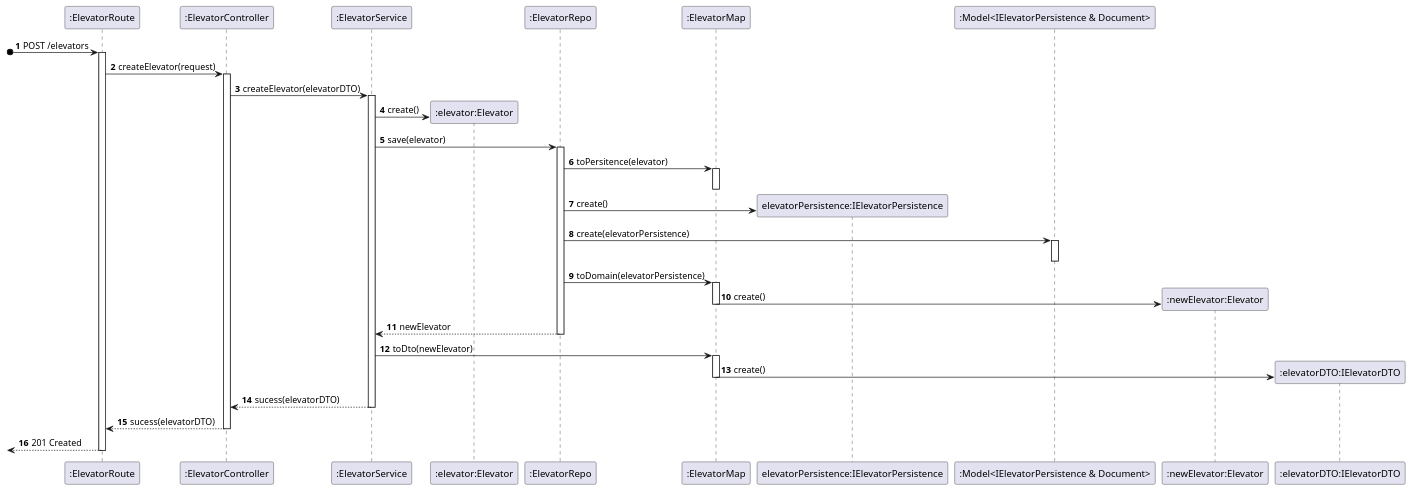
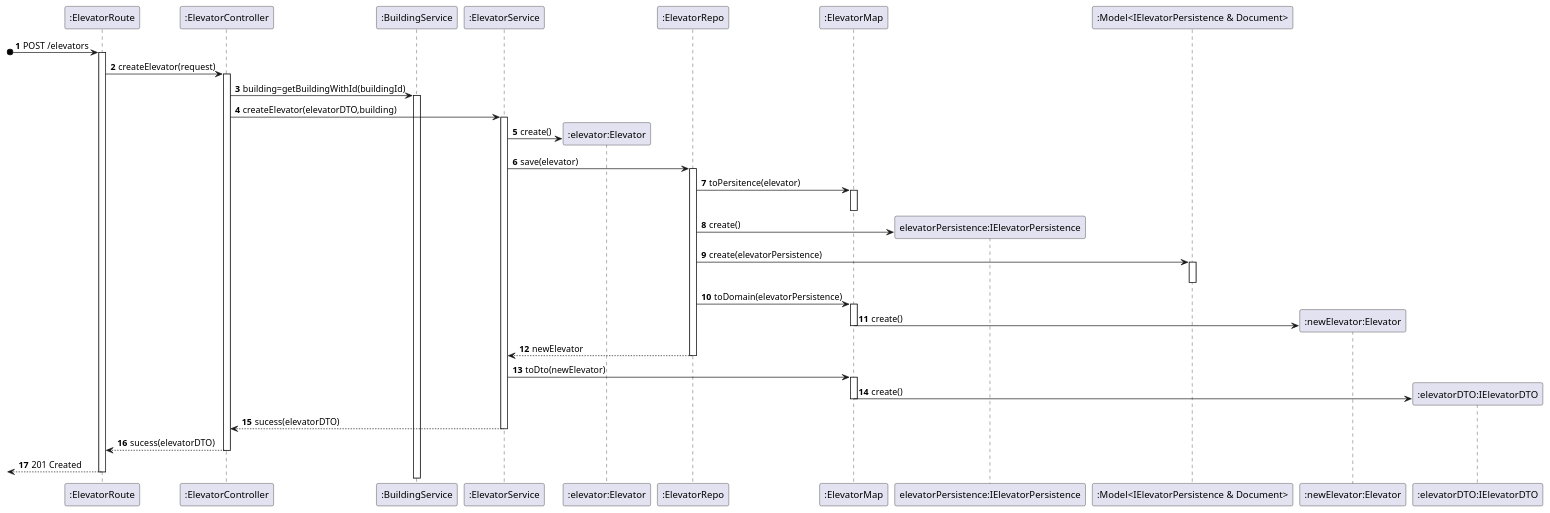
Before and after one commit to miseEnPlace-dev/lapr5: the diagram in _wiki/sprint-a/us13-270/views/level-3/process-view.puml, drawn with PlantUML. The commit also changed 13 other files, not shown here.

```diff
--- a/_wiki/sprint-a/us13-270/views/level-3/process-view.puml
+++ b/_wiki/sprint-a/us13-270/views/level-3/process-view.puml
@@ -1,48 +1,52 @@
 @startuml process-view
 autonumber
 participant ROUTE as ":ElevatorRoute"
 participant CTRL as ":ElevatorController"
+participant BSRV as ":BuildingService"
 participant SRV as ":ElevatorService"
-participant BUILD as ":elevator:Elevator"
+participant ELEV as ":elevator:Elevator"
 participant REPO as ":ElevatorRepo"
 participant MAP as ":ElevatorMap"
 participant PERS as "elevatorPersistence:IElevatorPersistence"
 participant MODEL as ":Model<IElevatorPersistence & Document>"
-participant NBUILD as ":newElevator:Elevator"
+participant NELEV as ":newElevator:Elevator"
 participant DTO as ":elevatorDTO:IElevatorDTO"
 
 ?o-> ROUTE : POST /elevators
 activate ROUTE
 
 ROUTE -> CTRL : createElevator(request)
 activate CTRL
-CTRL -> SRV : createElevator(elevatorDTO)
+CTRL -> BSRV : building=getBuildingWithId(buildingId)
+activate BSRV
+
+CTRL -> SRV : createElevator(elevatorDTO,building)
 activate SRV
-SRV -> BUILD** : create()
+SRV -> ELEV** : create()
 SRV -> REPO : save(elevator)
 activate REPO
 REPO -> MAP : toPersitence(elevator)
 activate MAP
 deactivate MAP
 REPO -> PERS** : create()
 REPO -> MODEL : create(elevatorPersistence)
 activate MODEL
 deactivate MODEL
 REPO -> MAP : toDomain(elevatorPersistence)
 activate MAP
-MAP -> NBUILD** : create()
+MAP -> NELEV** : create()
 deactivate MAP
 REPO --> SRV : newElevator
 deactivate REPO
 SRV -> MAP : toDto(newElevator)
 activate MAP
 MAP -> DTO** : create()
 deactivate MAP
 SRV --> CTRL : sucess(elevatorDTO)
 deactivate SRV
 CTRL --> ROUTE : sucess(elevatorDTO)
 deactivate CTRL
 <-- ROUTE : 201 Created
 deactivate ROUTE
 
 @enduml
```
